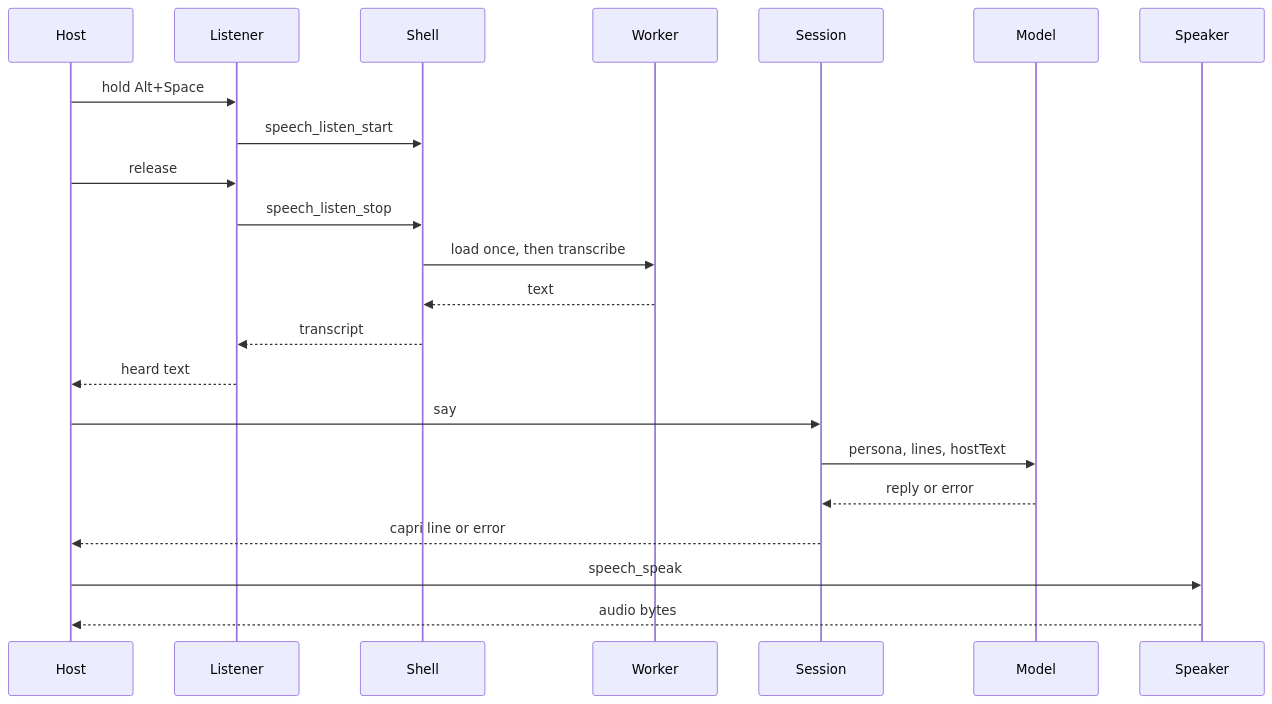
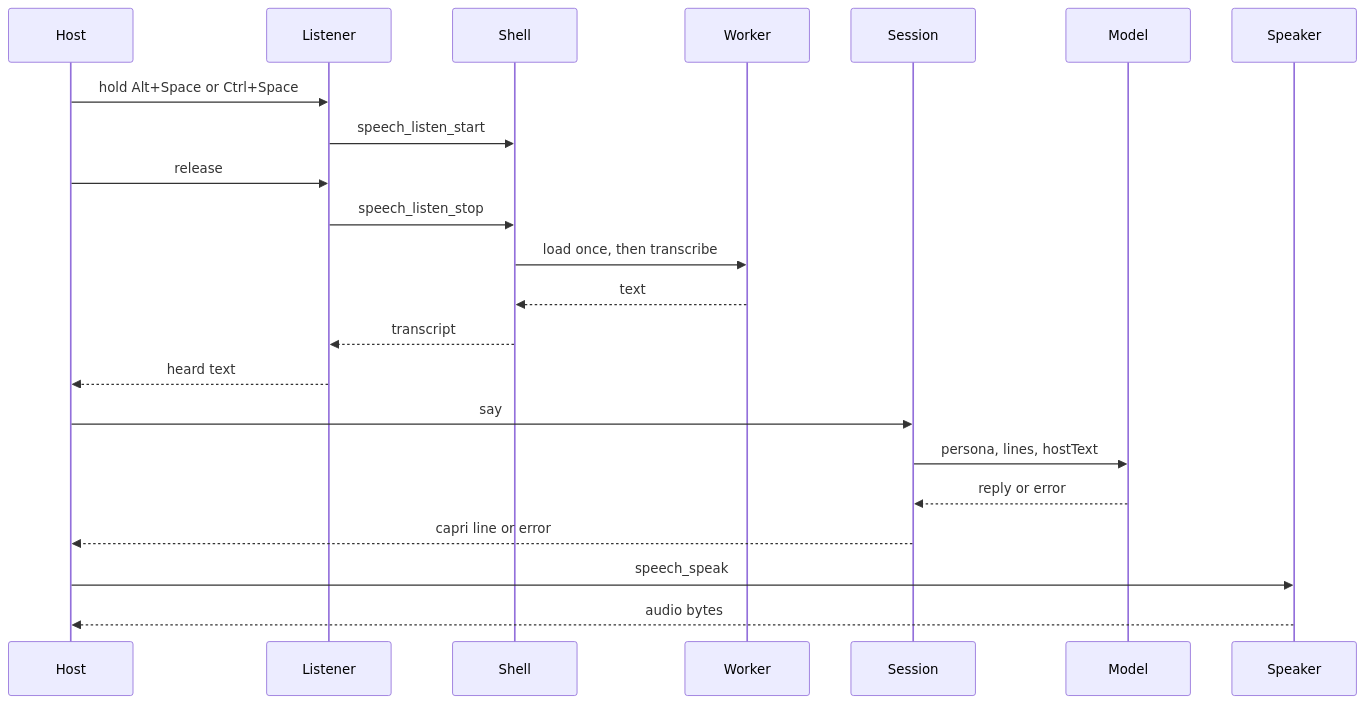
Before and after one commit to ItsYuma/Caprice: the second of 2 diagrams in docs/architecture.md, drawn with Mermaid. The commit also changed other lines of this file and 6 other files, not shown here.

First line of the commit message:
Accept Ctrl+Space as a second talk chord.

````diff
--- a/docs/architecture.md
+++ b/docs/architecture.md
@@ -34,24 +34,24 @@
 ```mermaid
 sequenceDiagram
   participant Host
   participant Listener
   participant Shell
   participant Worker
   participant Session
   participant Model
   participant Speaker
-  Host->>Listener: hold Alt+Space
+  Host->>Listener: hold Alt+Space or Ctrl+Space
   Listener->>Shell: speech_listen_start
   Host->>Listener: release
   Listener->>Shell: speech_listen_stop
   Shell->>Worker: load once, then transcribe
   Worker-->>Shell: text
   Shell-->>Listener: transcript
   Listener-->>Host: heard text
   Host->>Session: say
   Session->>Model: persona, lines, hostText
   Model-->>Session: reply or error
   Session-->>Host: capri line or error
   Host->>Speaker: speech_speak
   Speaker-->>Host: audio bytes
 ```
````
